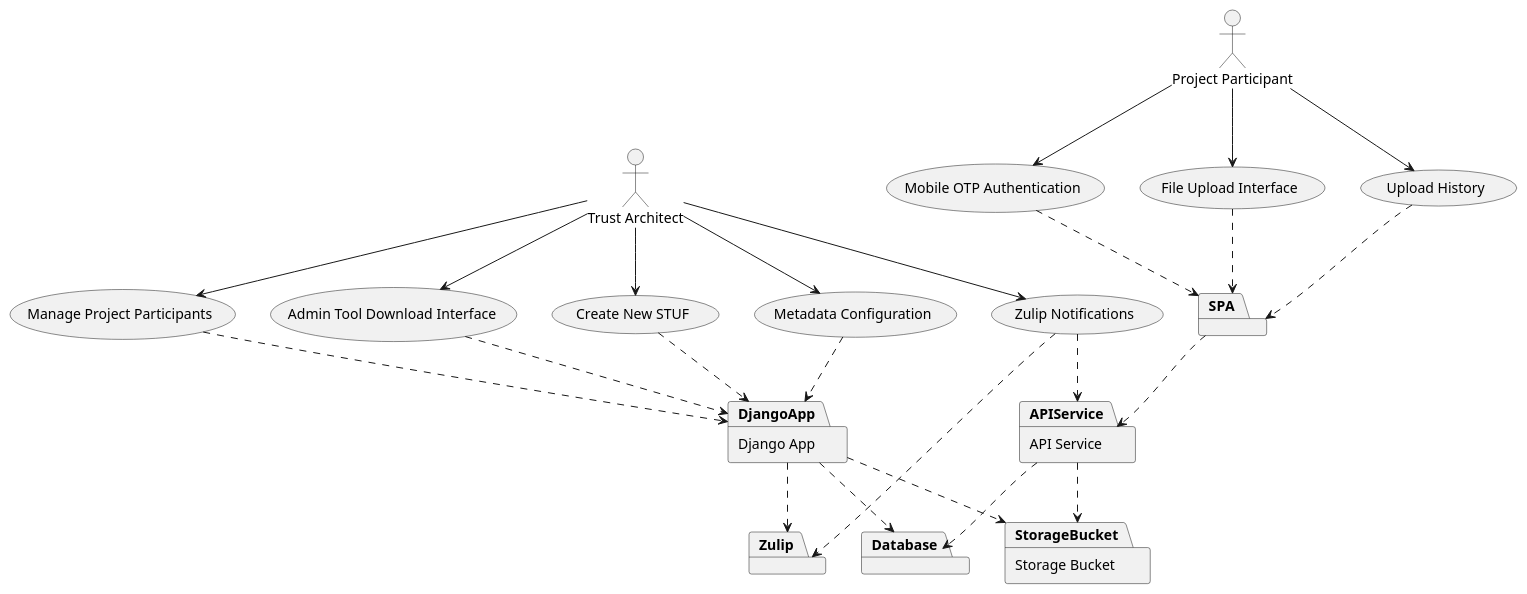
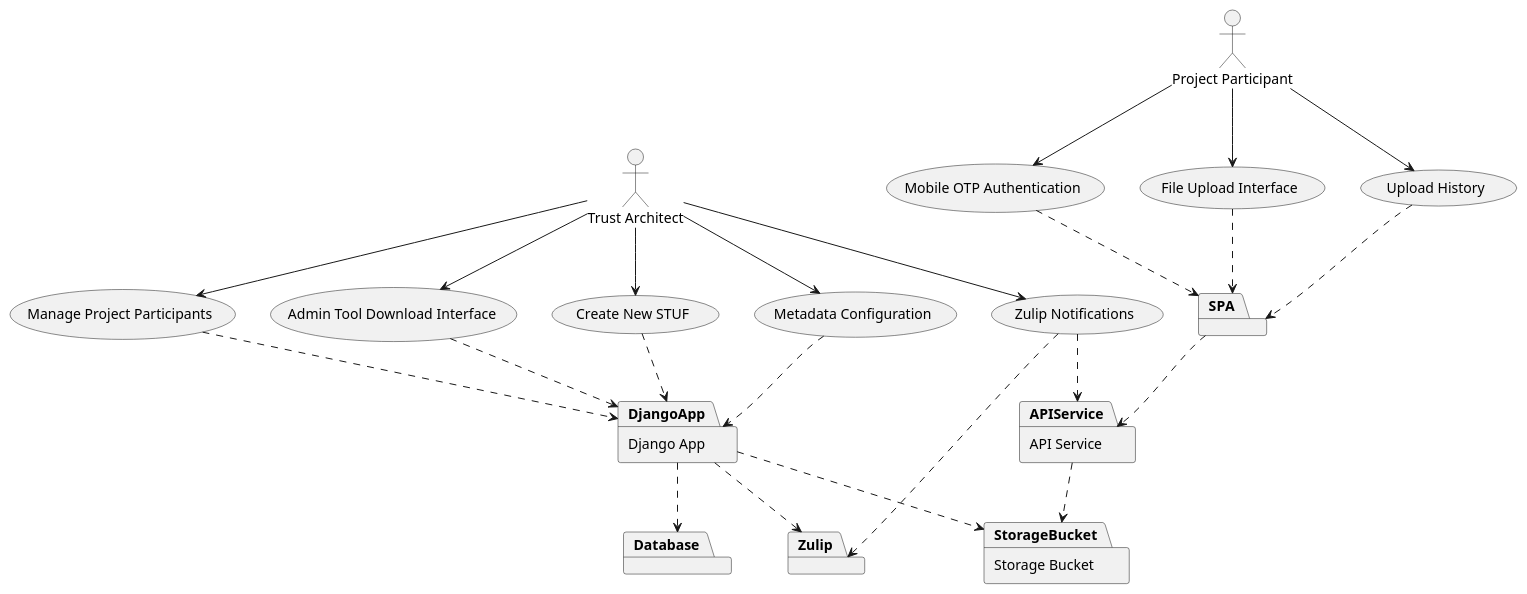
Before and after one commit to pyx-industries/stuf: the diagram in docs/img/stuf_use_case_diagram.puml, drawn with PlantUML.

Commit message:
docs: remove database dependency from API service in use case diagram

```diff
--- a/docs/img/stuf_use_case_diagram.puml
+++ b/docs/img/stuf_use_case_diagram.puml
@@ -1,69 +1,68 @@
 @startuml stuf_use_case_diagram
 
 ' Actors
 actor "Trust Architect" as TA
 actor "Project Participant" as PP
 
 ' Components as subsystems
 package "Django App" as DjangoApp {
 }
 
 package "API Service" as APIService {
 }
 
 package "SPA" as SPA {
 }
 
 package "Storage Bucket" as StorageBucket {
 }
 
 package "Database" as Database {
 }
 
 ' Use cases - one per epic
 usecase "Create New STUF" as UC1
 usecase "Mobile OTP Authentication" as UC2
 usecase "Metadata Configuration" as UC3
 usecase "File Upload Interface" as UC4
 usecase "Manage Project Participants" as UC5
 usecase "Admin Tool Download Interface" as UC6
 usecase "Upload History" as UC7
 usecase "Zulip Notifications" as UC8
 
 ' Relationships between actors and use cases
 TA --> UC1
 TA --> UC3
 TA --> UC5
 TA --> UC6
 TA --> UC8
 
 PP --> UC2
 PP --> UC4
 PP --> UC7
 
 ' Component interactions
 UC1 ..> DjangoApp
 UC3 ..> DjangoApp
 UC5 ..> DjangoApp
 UC6 ..> DjangoApp
 
 UC2 ..> SPA
 UC4 ..> SPA
 UC7 ..> SPA
 UC8 ..> APIService
 
 ' Component dependencies
 DjangoApp ..> Database
 DjangoApp ..> StorageBucket
 
 package "Zulip" as Zulip {
 }
 
 UC8 ..> Zulip
 DjangoApp ..> Zulip
 
 SPA ..> APIService
 APIService ..> StorageBucket
-APIService ..> Database
 
 @enduml
```
